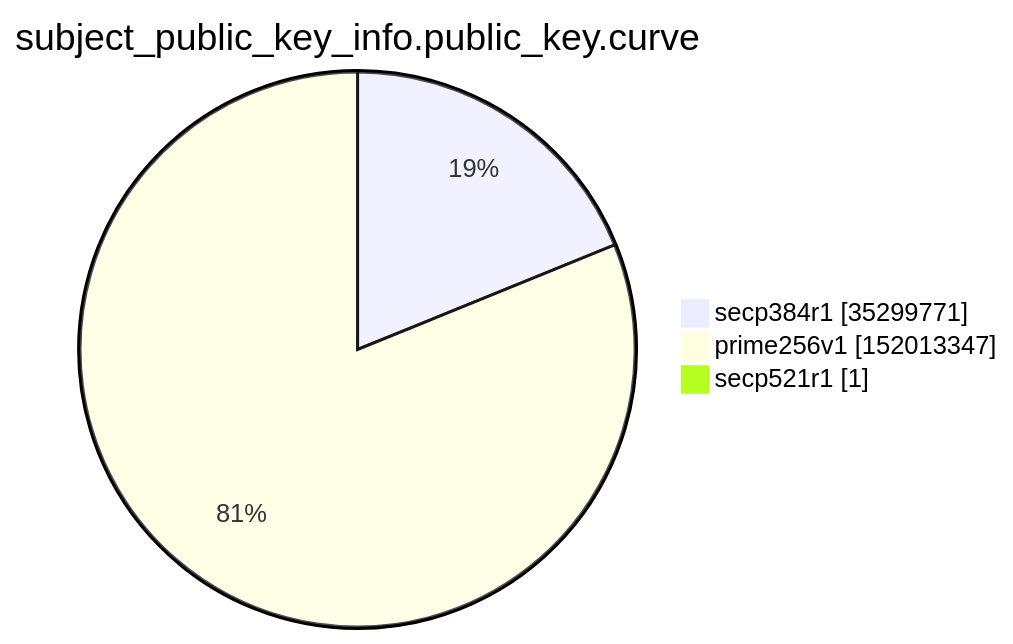
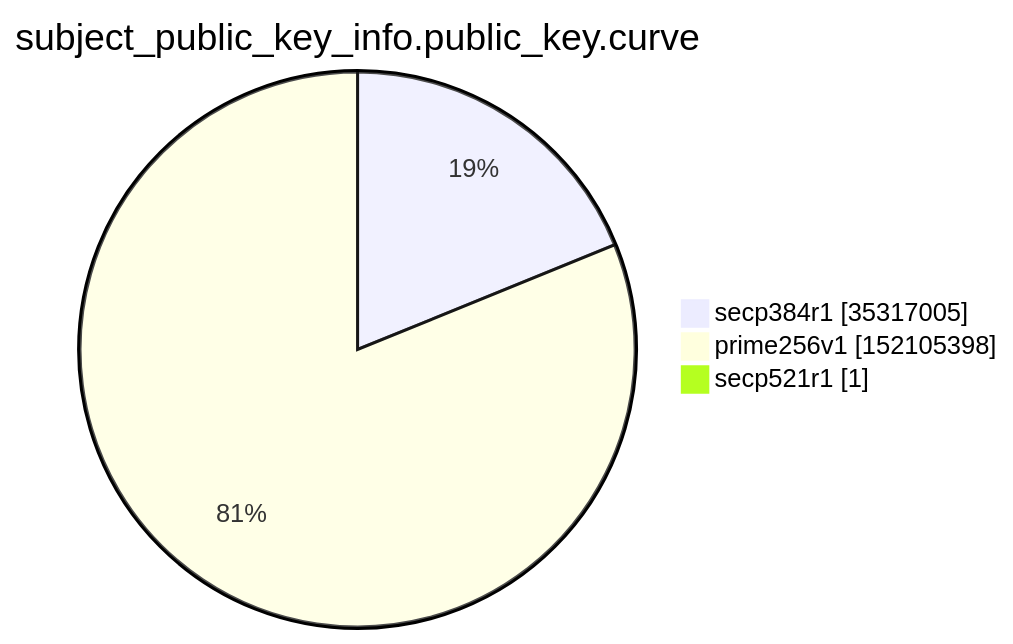
The ninth of 15 diagrams in argon2022/README.md (christiankrug/ctmonitor_visualization), drawn with Mermaid before and after one commit. The commit also changed other lines of this file, not shown here.

````diff
--- a/argon2022/README.md
+++ b/argon2022/README.md
@@ -2765,7 +2765,7 @@
 ```mermaid
 pie showData
 title subject_public_key_info.public_key.curve
-"secp384r1" :35299771
-"prime256v1" :152013347
+"secp384r1" :35317005
+"prime256v1" :152105398
 "secp521r1" :1
 ```
````
